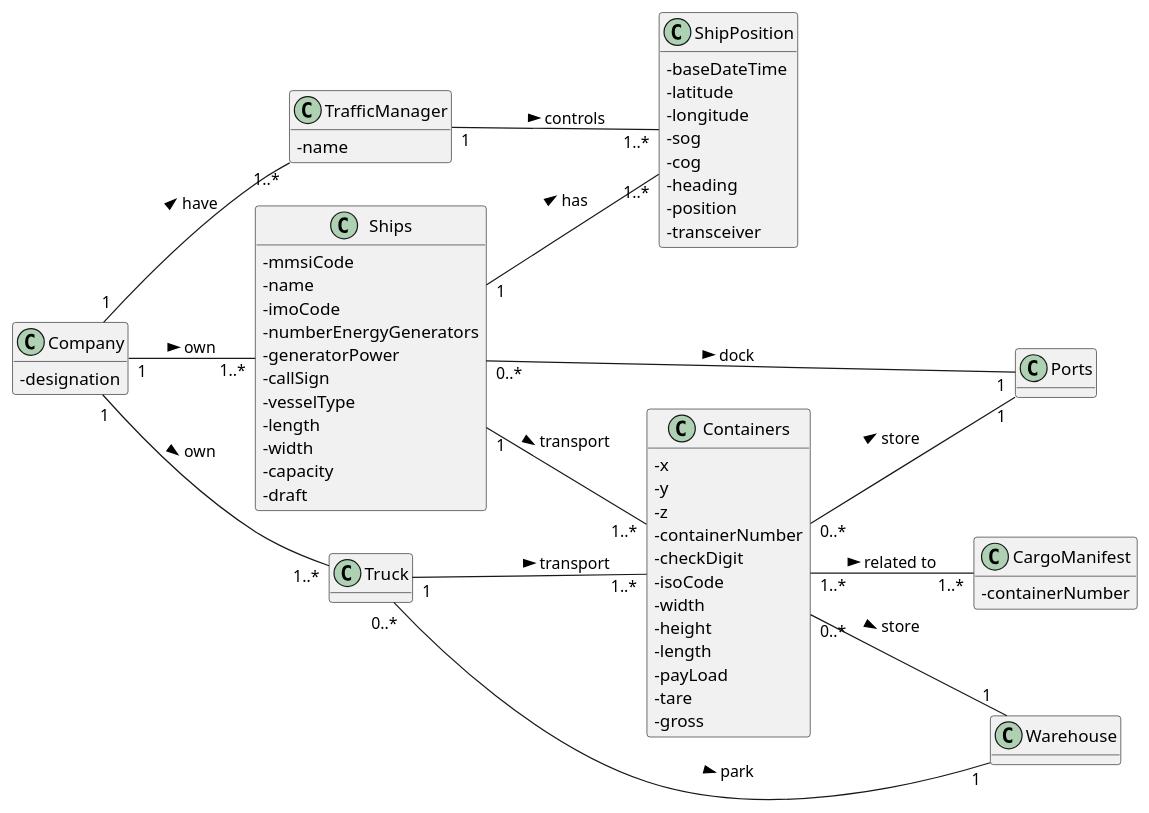
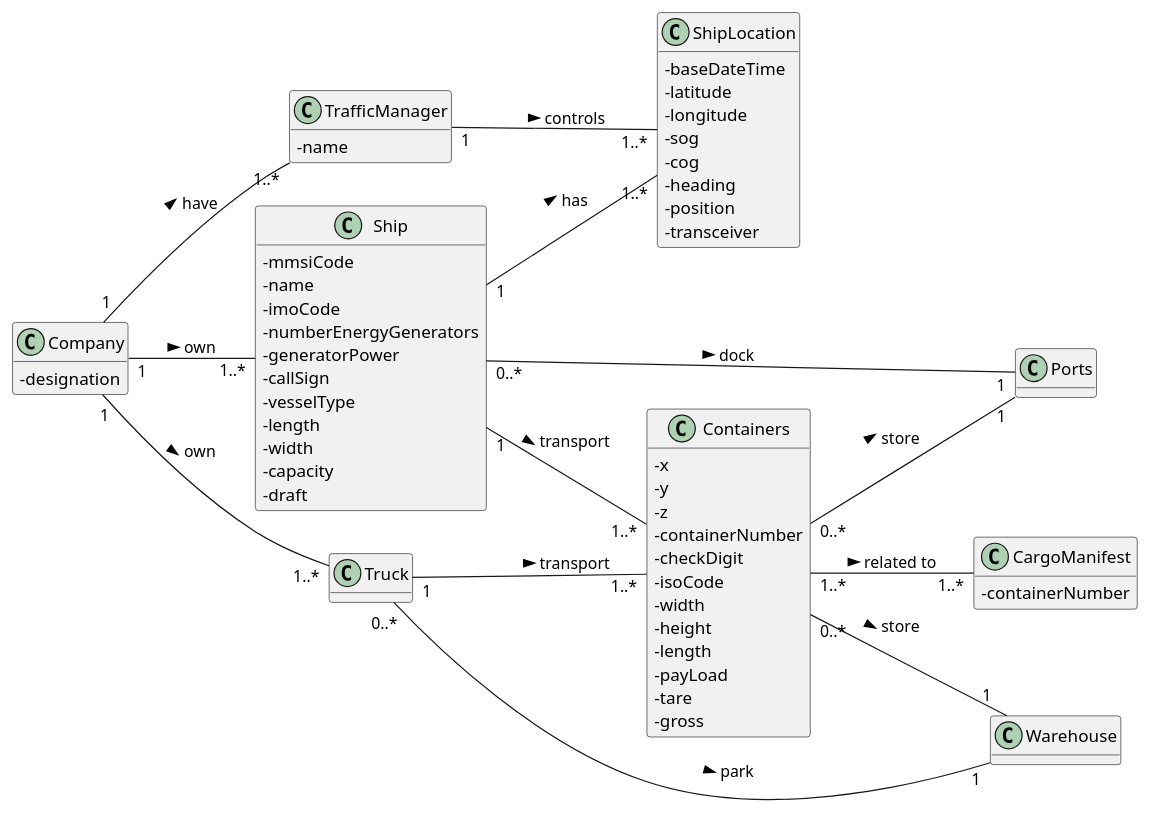
The diagram in docs/DM.puml (0franciscor/lapr3-2021-g042), drawn with PlantUML before and after one commit. The commit also changed 7 other files, not shown here.

```diff
--- a/docs/DM.puml
+++ b/docs/DM.puml
@@ -1,92 +1,92 @@
 @startuml
 'https://plantuml.com/class-diagram
 
 hide methods
 left to right direction
 skinparam classAttributeIconSize 0
 
 class Company {
 -designation
 }
 
 class TrafficManager {
 -name
 }
 
 class Containers {
 -x
 -y
 -z
 -containerNumber
 -checkDigit
 -isoCode
 -width
 -height
 -length
 -payLoad
 -tare
 -gross
 }
 
 class CargoManifest {
 -containerNumber
 }
 
-class Ships {
+class Ship {
 -mmsiCode
 -name
 -imoCode
 -numberEnergyGenerators
 -generatorPower
 -callSign
 -vesselType
 -length
 -width
 -capacity
 -draft
 }
 
 class Ports {
 
 }
 
 class Truck {
 
 }
 
 class Warehouse {
 
 }
 
-class ShipPosition {
+class ShipLocation {
 -baseDateTime
 -latitude
 -longitude
 -sog
 -cog
 -heading
 -position
 -transceiver
 }
 
-Company "1"--"1..*" Ships: own >
+Company "1"--"1..*" Ship: own >
 Company "1"--"1..*" TrafficManager: have >
 Company "1"--"1..*" Truck: own >
 
 Containers "1..*"--"1..*" CargoManifest: related to >
 Containers "0..*"--"1" Ports: store >
 Containers "0..*"--"1" Warehouse: store >
 
-Ships "1"--"1..*" Containers : transport >
-Ships "0..*"--"1" Ports: dock >
-Ships "1" -- "1..*" ShipPosition : has >
+Ship "1"--"1..*" Containers : transport >
+Ship "0..*"--"1" Ports: dock >
+Ship "1" -- "1..*" ShipLocation : has >
 
-TrafficManager "1" -- "1..*" ShipPosition : controls >
+TrafficManager "1" -- "1..*" ShipLocation : controls >
 Truck "1"--"1..*" Containers : transport >
 Truck "0..*"--"1" Warehouse: park >
 
 
 
 
 
 @enduml
```
